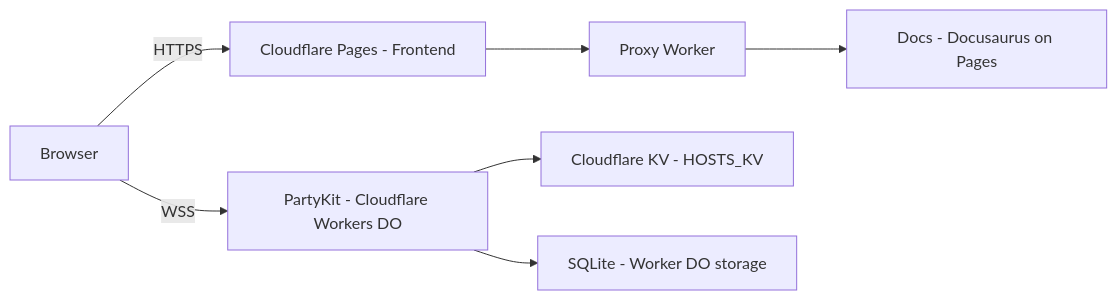
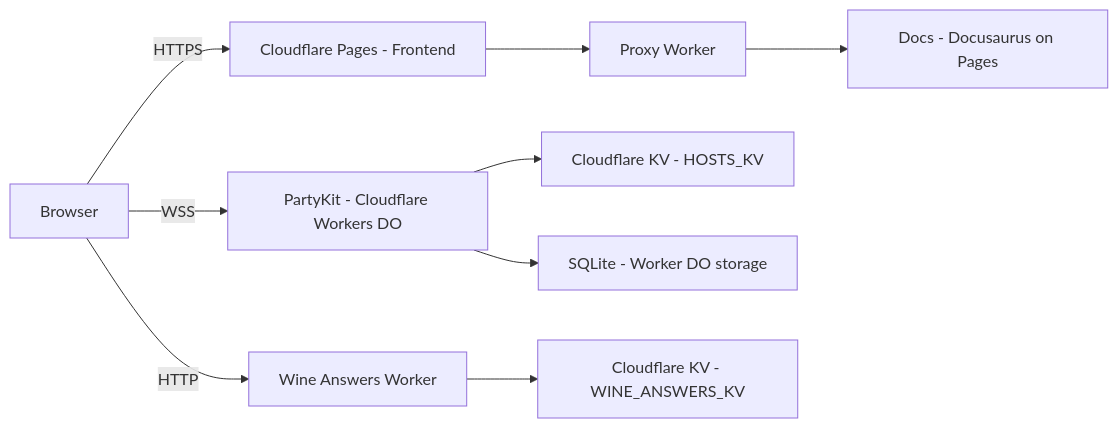
The diagram in docs-site/docs/deployment-guide.md (sommelier-arena/sommelier-arena), drawn with Mermaid before and after one commit. The commit also changed other lines of this file and 80 other files, not shown here.

First line of the commit message:
Add Wine Answers Collection and admin page.

````diff
--- a/docs-site/docs/deployment-guide.md
+++ b/docs-site/docs/deployment-guide.md
@@ -17,9 +17,11 @@
 ```mermaid
 flowchart LR
   Browser -->|HTTPS| Pages[Cloudflare Pages - Frontend]
   Browser -->|WSS| PartyKit[PartyKit - Cloudflare Workers DO]
   Pages --> Proxy[Proxy Worker]
   Proxy --> Docs[Docs - Docusaurus on Pages]
   PartyKit --> KV[Cloudflare KV - HOSTS_KV]
   PartyKit --> SQLite[SQLite - Worker DO storage]
+  Browser -->|HTTP| WineAnswers[Wine Answers Worker]
+  WineAnswers --> WAKV[Cloudflare KV - WINE_ANSWERS_KV]
 ```
````
